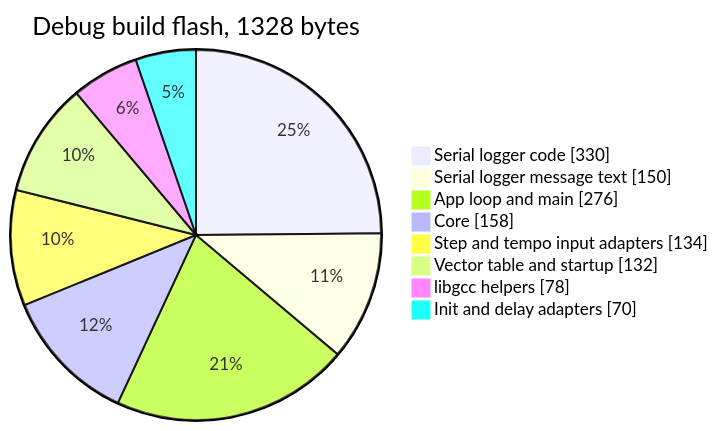
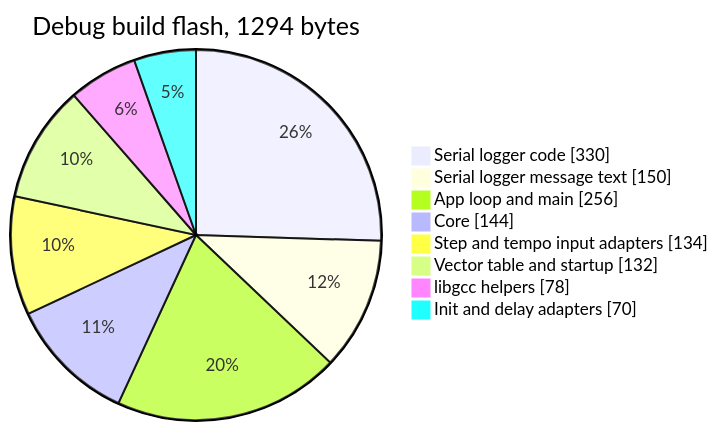
Before and after one commit to BonelessPig/nano_sequencer: diagram 17 of 18 in docs/ARCHITECTURE.md, drawn with Mermaid. The commit also changed other lines of this file and 8 other files, not shown here.

````diff
--- a/docs/ARCHITECTURE.md
+++ b/docs/ARCHITECTURE.md
@@ -458,12 +479,12 @@
 ```mermaid
 pie showData
-    title Debug build flash, 1328 bytes
+    title Debug build flash, 1294 bytes
     "Serial logger code" : 330
     "Serial logger message text" : 150
-    "App loop and main" : 276
-    "Core" : 158
+    "App loop and main" : 256
+    "Core" : 144
     "Step and tempo input adapters" : 134
     "Vector table and startup" : 132
     "libgcc helpers" : 78
     "Init and delay adapters" : 70
 ```
````
